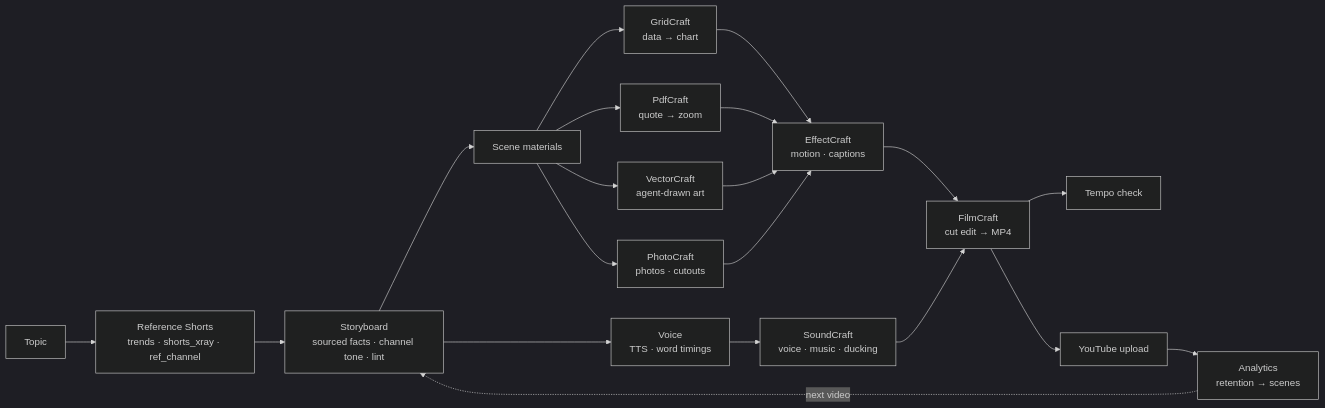
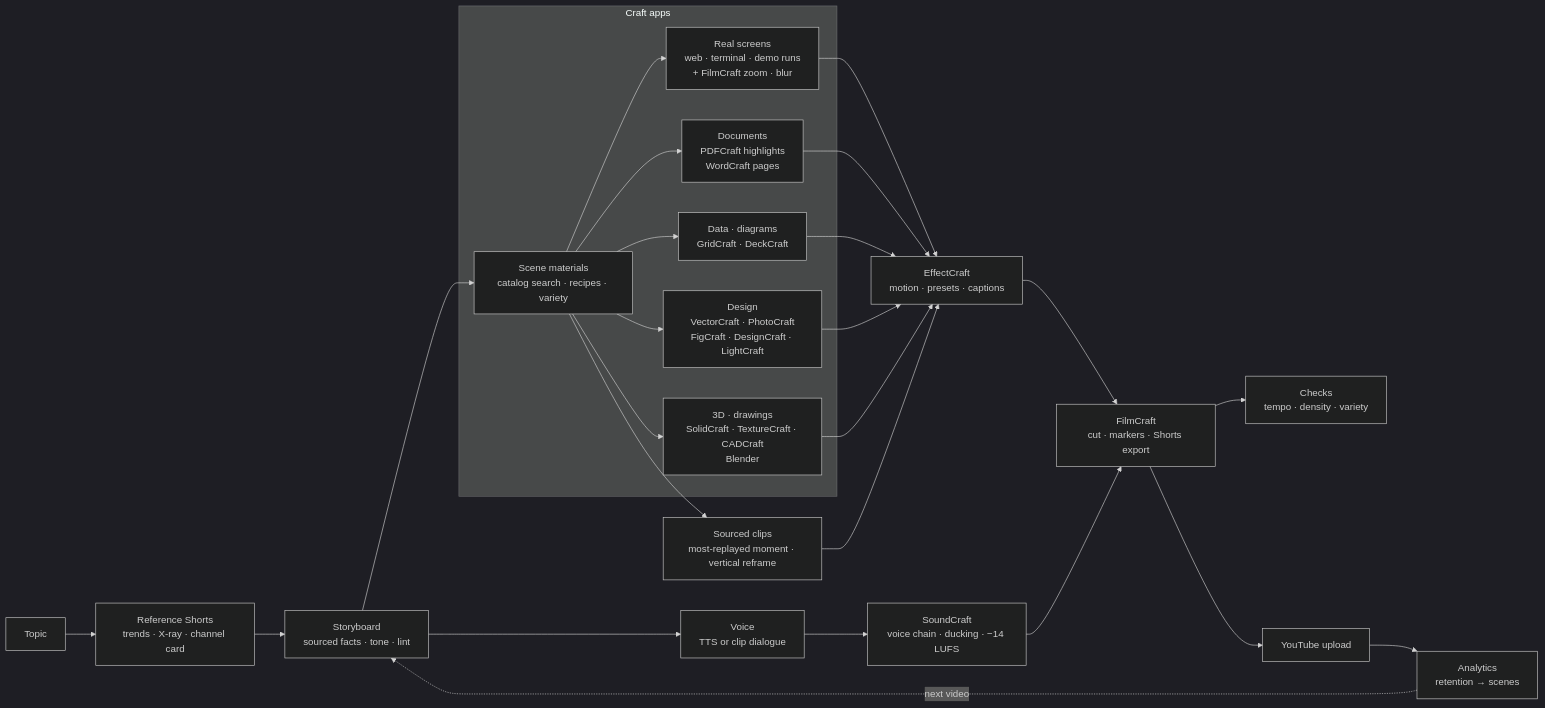
One commit to meowassassin/fluma changed the diagram in README.md. Above: the diagram before and after it, drawn with Mermaid (dark theme). The commit also changed other lines of this file and 740 other files, not shown here.

````diff
--- a/README.md
+++ b/README.md
@@ -49,18 +53,22 @@
 ```mermaid
 flowchart LR
-  A[Topic] --> R[Reference Shorts<br/>trends · shorts_xray · ref_channel]
-  R --> S[Storyboard<br/>sourced facts · channel tone · lint]
-  S --> V[Voice<br/>TTS · word timings]
-  S --> M[Scene materials]
-  M --> G[GridCraft<br/>data → chart]
-  M --> P[PdfCraft<br/>quote → zoom]
-  M --> VC[VectorCraft<br/>agent-drawn art]
-  M --> PH[PhotoCraft<br/>photos · cutouts]
-  G & P & VC & PH --> E[EffectCraft<br/>motion · captions]
-  V --> SC[SoundCraft<br/>voice · music · ducking]
-  E & SC --> F[FilmCraft<br/>cut edit → MP4]
-  F --> T[Tempo check]
+  A[Topic] --> R[Reference Shorts<br/>trends · X-ray · channel card]
+  R --> S[Storyboard<br/>sourced facts · tone · lint]
+  S --> V[Voice<br/>TTS or clip dialogue]
+  S --> P[Scene materials<br/>catalog search · recipes · variety]
+  subgraph Craft apps
+    P --> RS[Real screens<br/>web · terminal · demo runs<br/>+ FilmCraft zoom · blur]
+    P --> DOC[Documents<br/>PDFCraft highlights<br/>WordCraft pages]
+    P --> DAT[Data · diagrams<br/>GridCraft · DeckCraft]
+    P --> DES[Design<br/>VectorCraft · PhotoCraft<br/>FigCraft · DesignCraft · LightCraft]
+    P --> TD[3D · drawings<br/>SolidCraft · TextureCraft · CADCraft<br/>Blender]
+  end
+  P --> CL[Sourced clips<br/>most-replayed moment · vertical reframe]
+  RS & DOC & DAT & DES & TD & CL --> E[EffectCraft<br/>motion · presets · captions]
+  V --> SC[SoundCraft<br/>voice chain · ducking · −14 LUFS]
+  E & SC --> F[FilmCraft<br/>cut · markers · Shorts export]
+  F --> T[Checks<br/>tempo · density · variety]
   F --> Y[YouTube upload]
   Y --> A2[Analytics<br/>retention → scenes]
   A2 -. next video .-> S
 ```
````
